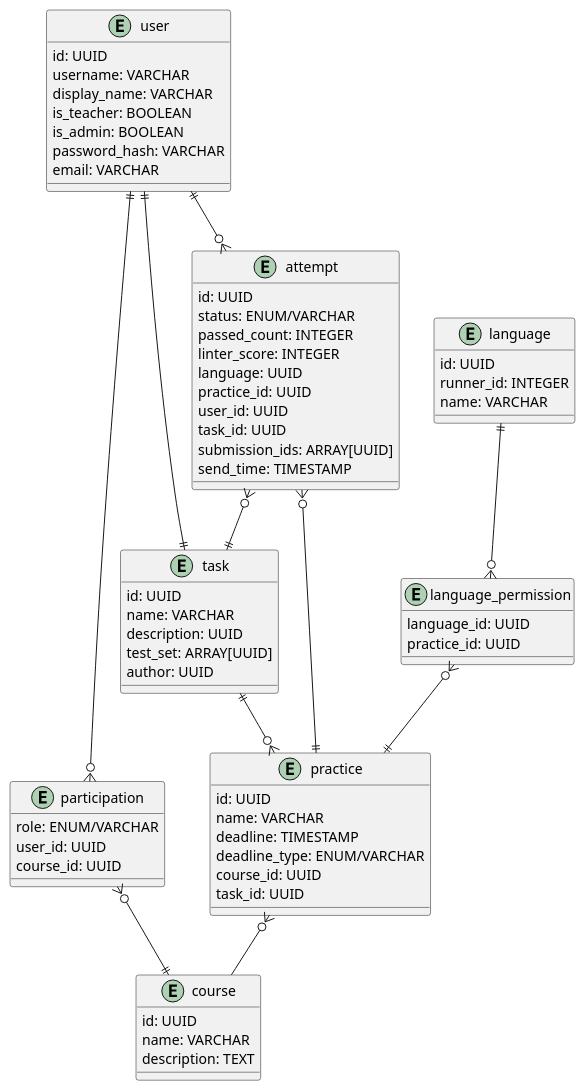
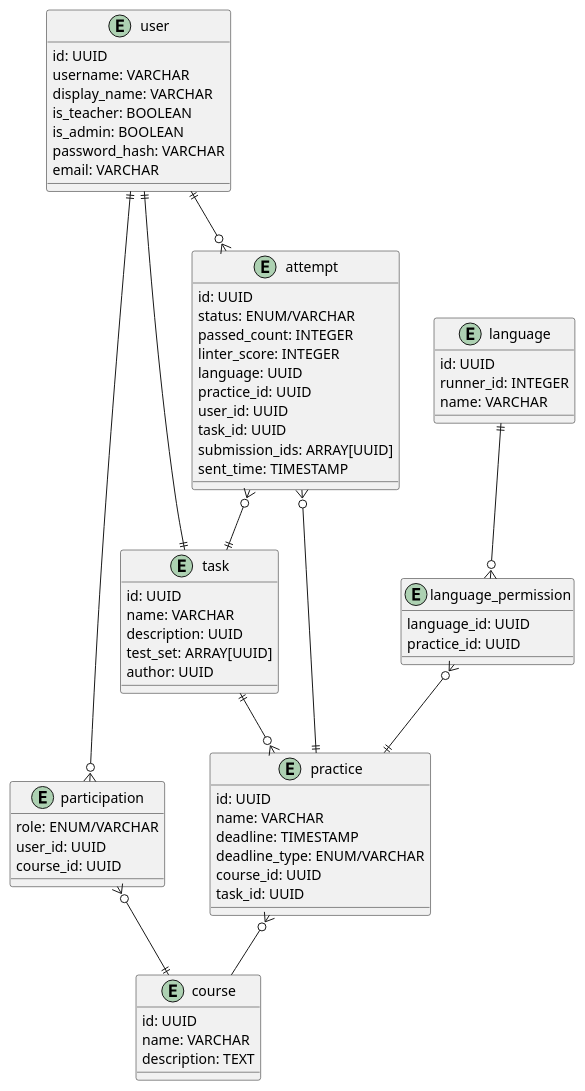
The diagram in doc/entity-relationship.puml (AKovalyuk/automated-lab-testing-sibfu-backend), drawn with PlantUML before and after one commit. The commit also changed 4 other files, not shown here.

```diff
--- a/doc/entity-relationship.puml
+++ b/doc/entity-relationship.puml
@@ -1,77 +1,77 @@
 @startuml
 
 entity user {
     id: UUID
     username: VARCHAR
     display_name: VARCHAR
     is_teacher: BOOLEAN
     is_admin: BOOLEAN
     password_hash: VARCHAR
     email: VARCHAR
 }
 
 entity participation {
     role: ENUM/VARCHAR
     user_id: UUID
     course_id: UUID
 }
 
 entity course {
     id: UUID
     name: VARCHAR
     description: TEXT
 }
 
 entity task {
     id: UUID
     name: VARCHAR
     description: UUID
     test_set: ARRAY[UUID]
     author: UUID
 }
 
 entity practice {
     id: UUID
     name: VARCHAR
     deadline: TIMESTAMP
     deadline_type: ENUM/VARCHAR
     course_id: UUID
     task_id: UUID
 }
 
 entity attempt {
     id: UUID
     status: ENUM/VARCHAR
     passed_count: INTEGER
     linter_score: INTEGER
     language: UUID
     practice_id: UUID
     user_id: UUID
     task_id: UUID
     submission_ids: ARRAY[UUID]
-    send_time: TIMESTAMP
+    sent_time: TIMESTAMP
 }
 
 entity language {
     id: UUID
     runner_id: INTEGER
     name: VARCHAR
 }
 
 entity language_permission {
     language_id: UUID
     practice_id: UUID
 }
 
 user ||--o{ attempt
 attempt }o--|| task
 attempt }o--|| practice
 user ||--o{ participation
 participation }o--|| course
 practice }o-- course
 user ||--|| task
 language ||--o{ language_permission
 language_permission }o--|| practice
 task ||--o{ practice
 
 @enduml
```
